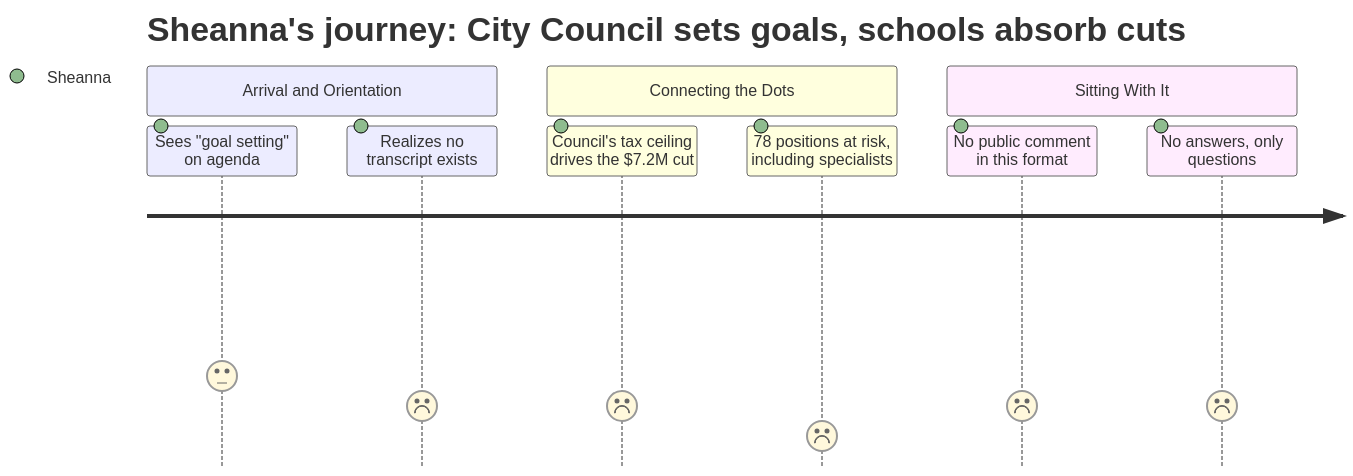
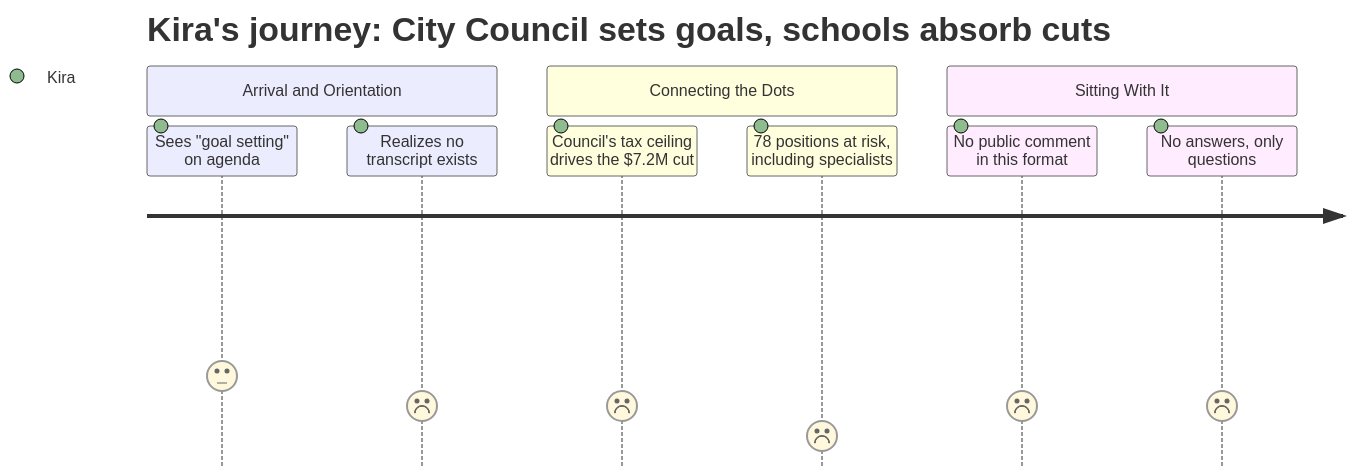
The diagram in data/interpretation/meetings/2026-01-15-city-council/PERSONA-015.md (cristoslc/2026-south-portland-school-budget), drawn with Mermaid before and after one commit. The commit also changed other lines of this file and 45 other files, not shown here.

````diff
--- a/data/interpretation/meetings/2026-01-15-city-council/PERSONA-015.md
+++ b/data/interpretation/meetings/2026-01-15-city-council/PERSONA-015.md
@@ -67,13 +67,13 @@
 ```mermaid
 journey
-    title Sheanna's journey: City Council sets goals, schools absorb cuts
+    title Kira's journey: City Council sets goals, schools absorb cuts
     section Arrival and Orientation
-        Sees "goal setting" on agenda: 3: Sheanna
-        Realizes no transcript exists: 2: Sheanna
+        Sees "goal setting" on agenda: 3: Kira
+        Realizes no transcript exists: 2: Kira
     section Connecting the Dots
-        Council's tax ceiling drives the $7.2M cut: 2: Sheanna
-        78 positions at risk, including specialists: 1: Sheanna
+        Council's tax ceiling drives the $7.2M cut: 2: Kira
+        78 positions at risk, including specialists: 1: Kira
     section Sitting With It
-        No public comment in this format: 2: Sheanna
-        No answers, only questions: 2: Sheanna
+        No public comment in this format: 2: Kira
+        No answers, only questions: 2: Kira
 ```
````
